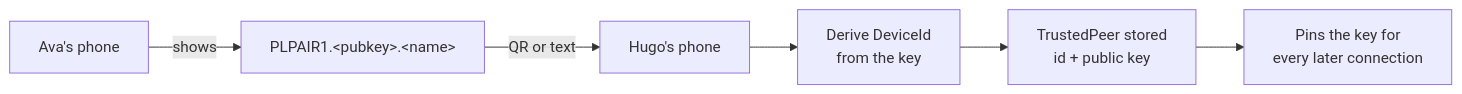
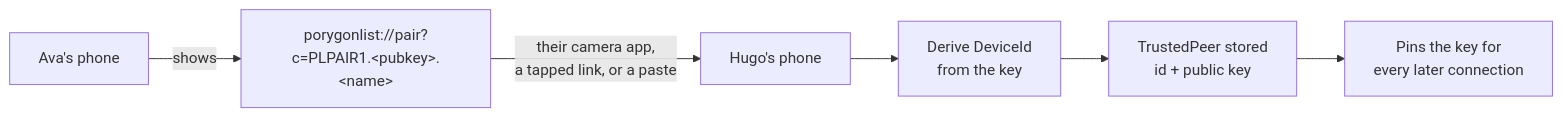
The second of 6 diagrams in docs/ARCHITECTURE.md (MolleWare/porygonlist), drawn with Mermaid before and after one commit. The commit also changed other lines of this file and 10 other files, not shown here.

````diff
--- a/docs/ARCHITECTURE.md
+++ b/docs/ARCHITECTURE.md
@@ -65,8 +65,8 @@
 ```mermaid
 flowchart LR
-  A[Ava's phone] -->|shows| C["PLPAIR1.&lt;pubkey&gt;.&lt;name&gt;"]
-  C -->|QR or text| B[Hugo's phone]
+  A[Ava's phone] -->|shows| C["porygonlist://pair?c=PLPAIR1.&lt;pubkey&gt;.&lt;name&gt;"]
+  C -->|their camera app,<br/>a tapped link, or a paste| B[Hugo's phone]
   B --> D[Derive DeviceId<br/>from the key]
   D --> E[TrustedPeer stored<br/>id + public key]
   E --> F[Pins the key for<br/>every later connection]
 ```
````
